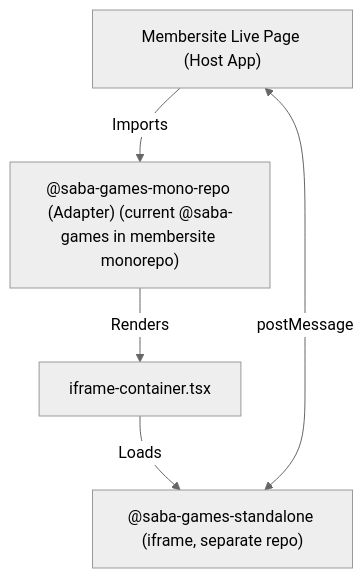
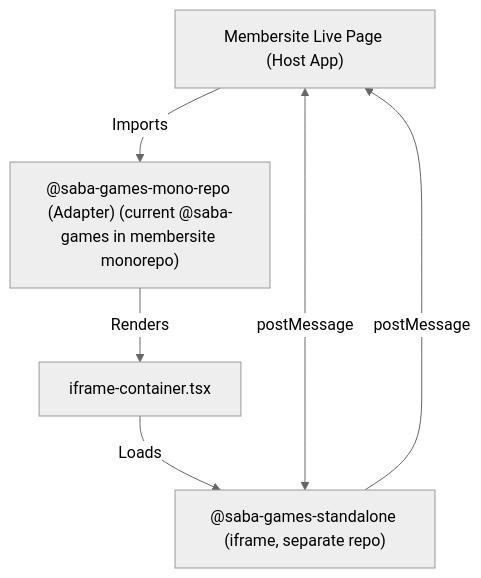
Before and after one commit to starixvn/l1_game-clients_sedie-client-demo: the first of 2 diagrams in seal-monorepo/libs/saba-games/IFRAME-ARCHITECTURE.md, drawn with Mermaid (neutral theme). The commit also changed 6 other files, not shown here.

````diff
--- a/seal-monorepo/libs/saba-games/IFRAME-ARCHITECTURE.md
+++ b/seal-monorepo/libs/saba-games/IFRAME-ARCHITECTURE.md
@@ -7,7 +7,8 @@
 ```mermaid
 graph TD;
   MembersiteLivePage["Membersite Live Page (Host App)"] -->|Imports| SabaGamesAdapter["@saba-games-mono-repo (Adapter) (current @saba-games in membersite monorepo)"]
   SabaGamesAdapter -->|Renders| IframeContainer["iframe-container.tsx"]
   IframeContainer -->|Loads| SabaGamesStandalone["@saba-games-standalone (iframe, separate repo)"]
   MembersiteLivePage <--> |postMessage| SabaGamesStandalone
+  SabaGamesStandalone -->|postMessage| MembersiteLivePage
 ```
````
